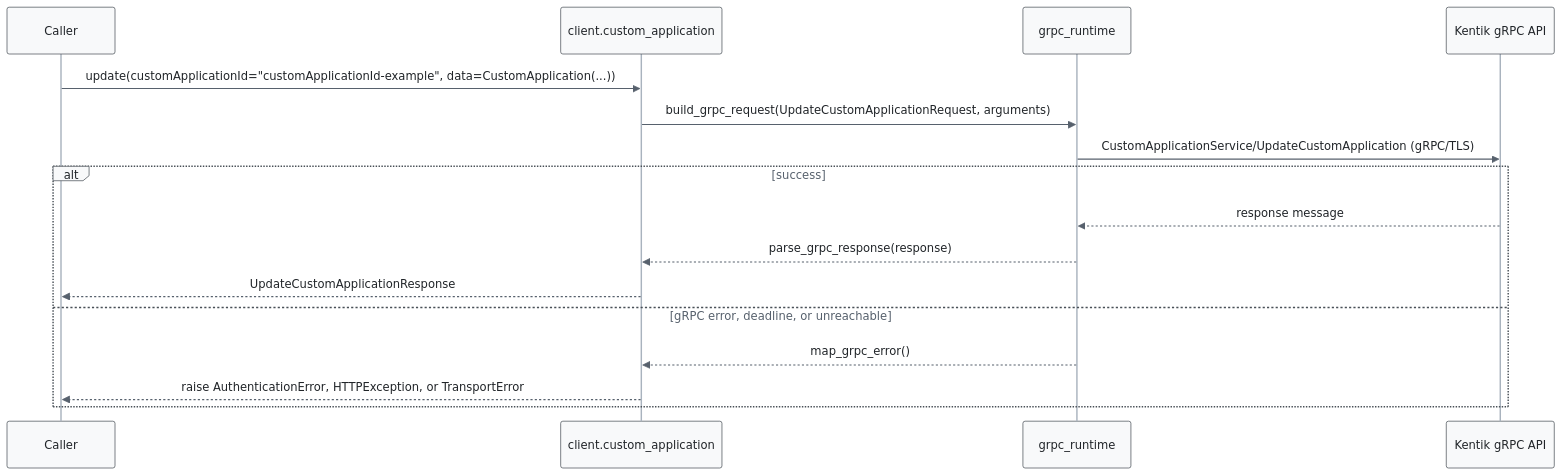
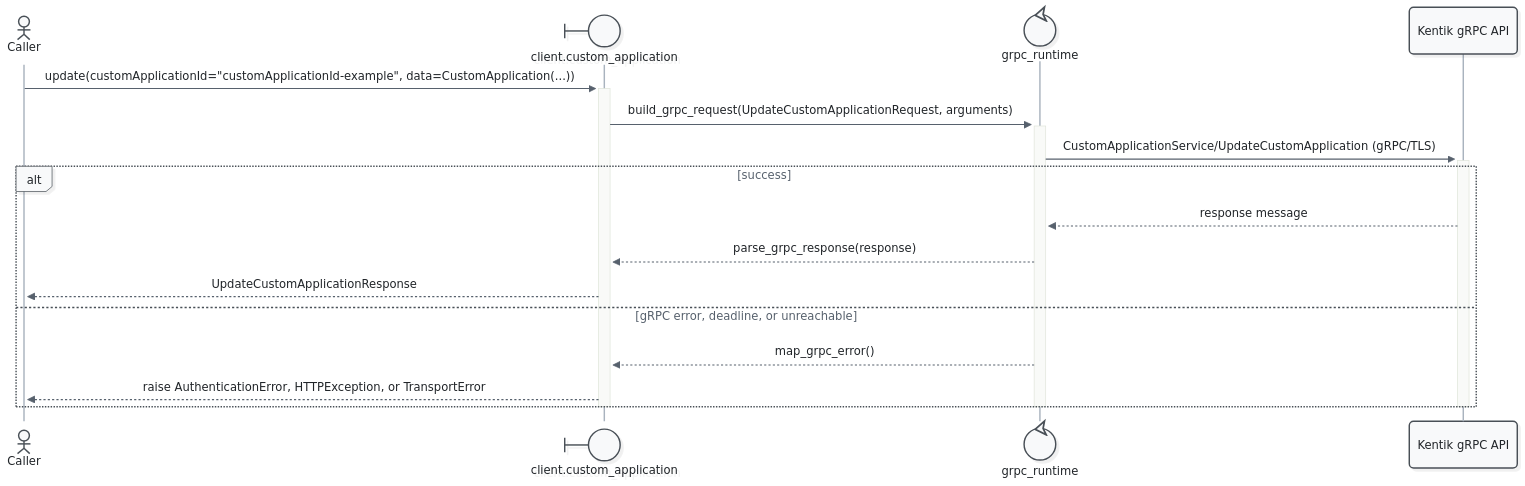
One commit to alexdearaujo/community_sdk_python changed the eighth of 11 diagrams in docs/sphinx/services/custom_application.md. Above: the diagram before and after it, drawn with Mermaid. The commit also changed other lines of this file and 52 other files, not shown here.

First line of the commit message:
docs: Mermaid 12 sequence diagrams with participant types and path colors

````diff
--- a/docs/sphinx/services/custom_application.md
+++ b/docs/sphinx/services/custom_application.md
@@ -282,20 +299,23 @@
 ```mermaid
-%%{init: {"theme": "base", "fontFamily": "ui-monospace, SFMono-Regular, Menlo, monospace", "themeVariables": {"fontFamily": "ui-monospace, SFMono-Regular, Menlo, monospace", "primaryColor": "#f8f9fa", "primaryBorderColor": "#495057", "primaryTextColor": "#212529", "textColor": "#212529", "lineColor": "#77818c", "edgeLabelBackground": "#ffffff", "actorBkg": "#f8f9fa", "actorBorder": "#495057", "actorTextColor": "#212529", "actorLineColor": "#a9b3be", "signalColor": "#57616d", "signalTextColor": "#212529", "labelBoxBkgColor": "#f8f9fa", "labelBoxBorderColor": "#495057", "labelTextColor": "#212529", "loopTextColor": "#57616d", "noteBkgColor": "#fff9db", "noteBorderColor": "#f08c00", "noteTextColor": "#a35a00"}, "flowchart": {"curve": "step", "nodeSpacing": 30, "rankSpacing": 70, "wrappingWidth": 400}}}%%
+%%{init: {"theme": "redux", "look": "neo", "layout": "dagre", "fontFamily": "ui-monospace, SFMono-Regular, Menlo, monospace", "themeVariables": {"fontFamily": "ui-monospace, SFMono-Regular, Menlo, monospace", "primaryColor": "#f8f9fa", "primaryBorderColor": "#495057", "primaryTextColor": "#212529", "textColor": "#212529", "lineColor": "#77818c", "edgeLabelBackground": "#ffffff", "actorBkg": "#f8f9fa", "actorBorder": "#495057", "actorTextColor": "#212529", "actorLineColor": "#a9b3be", "signalColor": "#57616d", "signalTextColor": "#212529", "labelBoxBkgColor": "#f8f9fa", "labelBoxBorderColor": "#495057", "labelTextColor": "#212529", "loopTextColor": "#57616d", "noteBkgColor": "#fff9db", "noteBorderColor": "#f08c00", "noteTextColor": "#a35a00"}, "sequence": {"activationWidth": 16}, "flowchart": {"curve": "step", "nodeSpacing": 30, "rankSpacing": 70, "wrappingWidth": 400}}}%%
 sequenceDiagram
-    participant C as Caller
-    participant W as client.custom_application
-    participant R as grpc_runtime
+    actor C as Caller
+    participant W@{ "type": "boundary" } as client.custom_application
+    participant R@{ "type": "control" } as grpc_runtime
     participant API as Kentik gRPC API
 
-    C->>W: update(customApplicationId="customApplicationId-example", data=CustomApplication(...))
-    W->>R: build_grpc_request(UpdateCustomApplicationRequest, arguments)
-    R->>API: CustomApplicationService/UpdateCustomApplication (gRPC/TLS)
+    C->>+W: update(customApplicationId="customApplicationId-example", data=CustomApplication(...))
+    W->>+R: build_grpc_request(UpdateCustomApplicationRequest, arguments)
+    R->>+API: CustomApplicationService/UpdateCustomApplication (gRPC/TLS)
     alt success
         API-->>R: response message
         R-->>W: parse_grpc_response(response)
         W-->>C: UpdateCustomApplicationResponse
     else gRPC error, deadline, or unreachable
         R-->>W: map_grpc_error()
         W-->>C: raise AuthenticationError, HTTPException, or TransportError
     end
+    deactivate API
+    deactivate R
+    deactivate W
 ```
````
